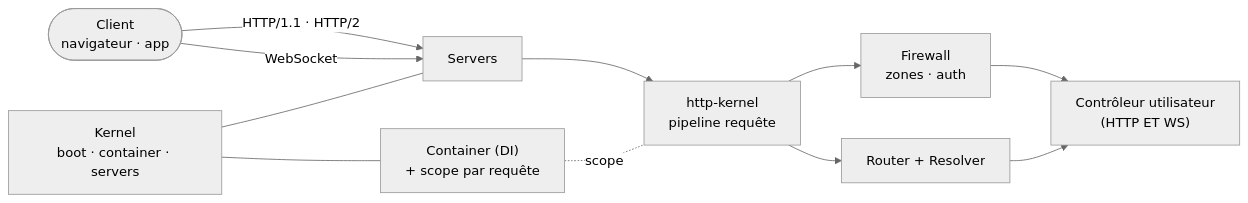
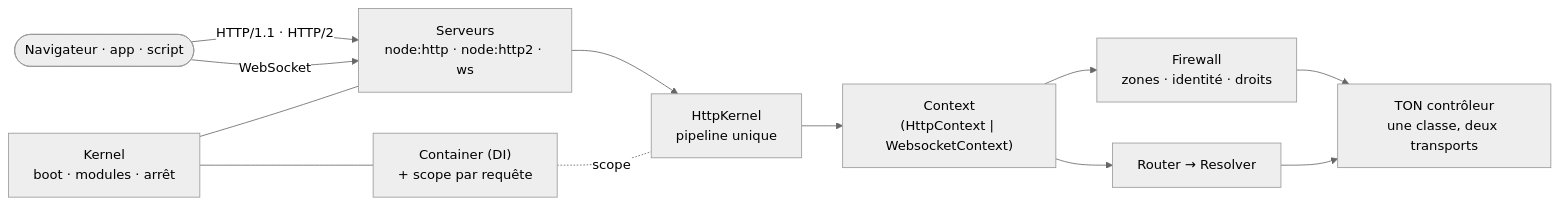
Before and after one commit to nodefony/nodefony-core: the first of 4 diagrams in docs/architecture/vue-ensemble.md, drawn with Mermaid (neutral theme). The commit also changed other lines of this file and 16 other files, not shown here.

````diff
--- a/docs/architecture/vue-ensemble.md
+++ b/docs/architecture/vue-ensemble.md
@@ -23,13 +43,14 @@
 ```mermaid
 flowchart LR
-  Client(["Client<br/>navigateur · app"]) -->|HTTP/1.1 · HTTP/2| S["Servers"]
-  Client -->|WebSocket| S
-  S --> HK["http-kernel<br/>pipeline requête"]
-  HK --> FW["Firewall<br/>zones · auth"]
-  HK --> RR["Router + Resolver"]
-  FW --> C["Contrôleur utilisateur<br/>(HTTP ET WS)"]
-  RR --> C
-  K["Kernel<br/>boot · container · servers"] --- S
+  CH(["Navigateur · app · script"]) -->|HTTP/1.1 · HTTP/2| SRV["Serveurs<br/>node:http · node:http2 · ws"]
+  CH -->|WebSocket| SRV
+  SRV --> HK["HttpKernel<br/>pipeline unique"]
+  HK --> CTX["Context<br/>(HttpContext | WebsocketContext)"]
+  CTX --> FW["Firewall<br/>zones · identité · droits"]
+  CTX --> RR["Router → Resolver"]
+  FW --> CTRL["TON contrôleur<br/>une classe, deux transports"]
+  RR --> CTRL
+  K["Kernel<br/>boot · modules · arrêt"] --- SRV
   K --- DI["Container (DI)<br/>+ scope par requête"]
   DI -. scope .- HK
 ```
````
